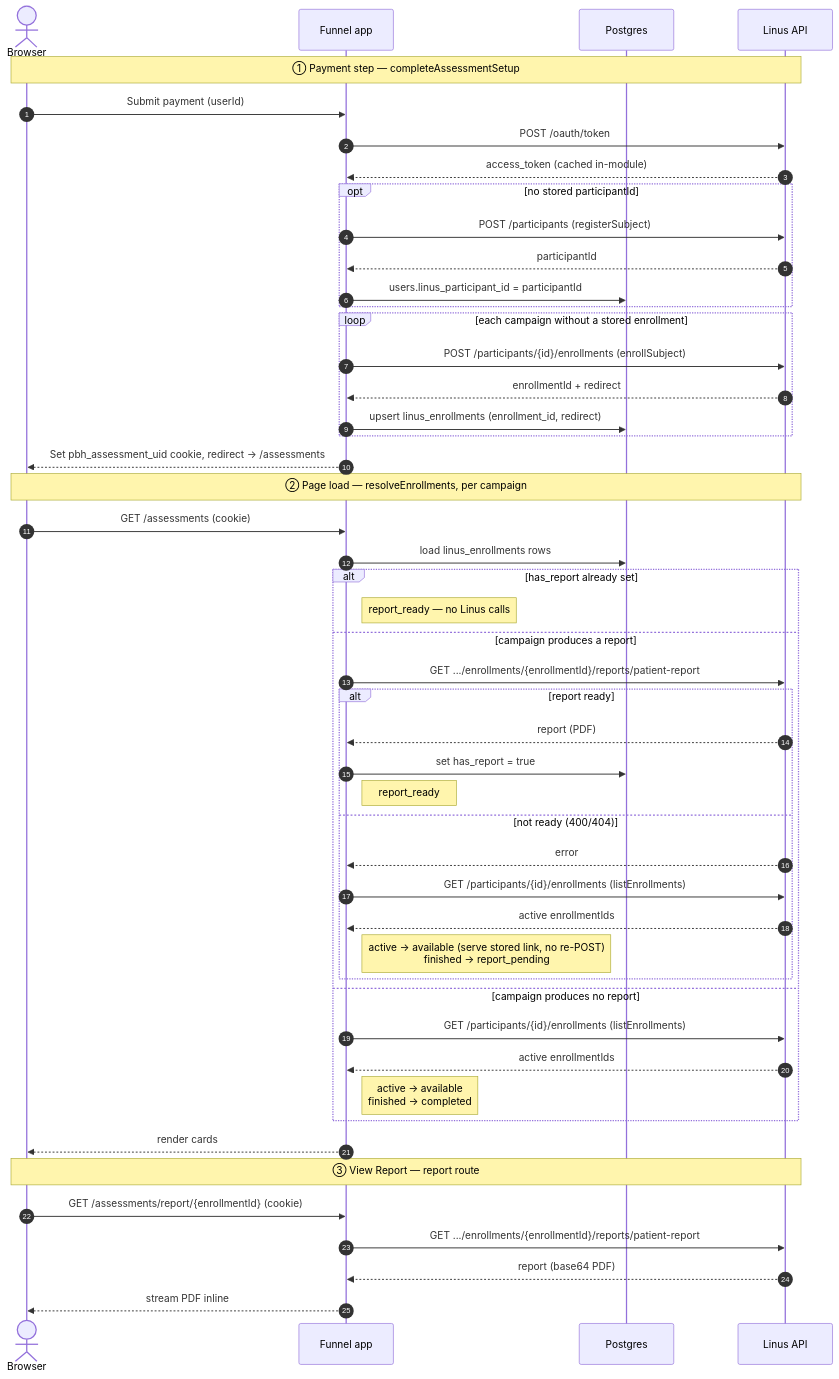
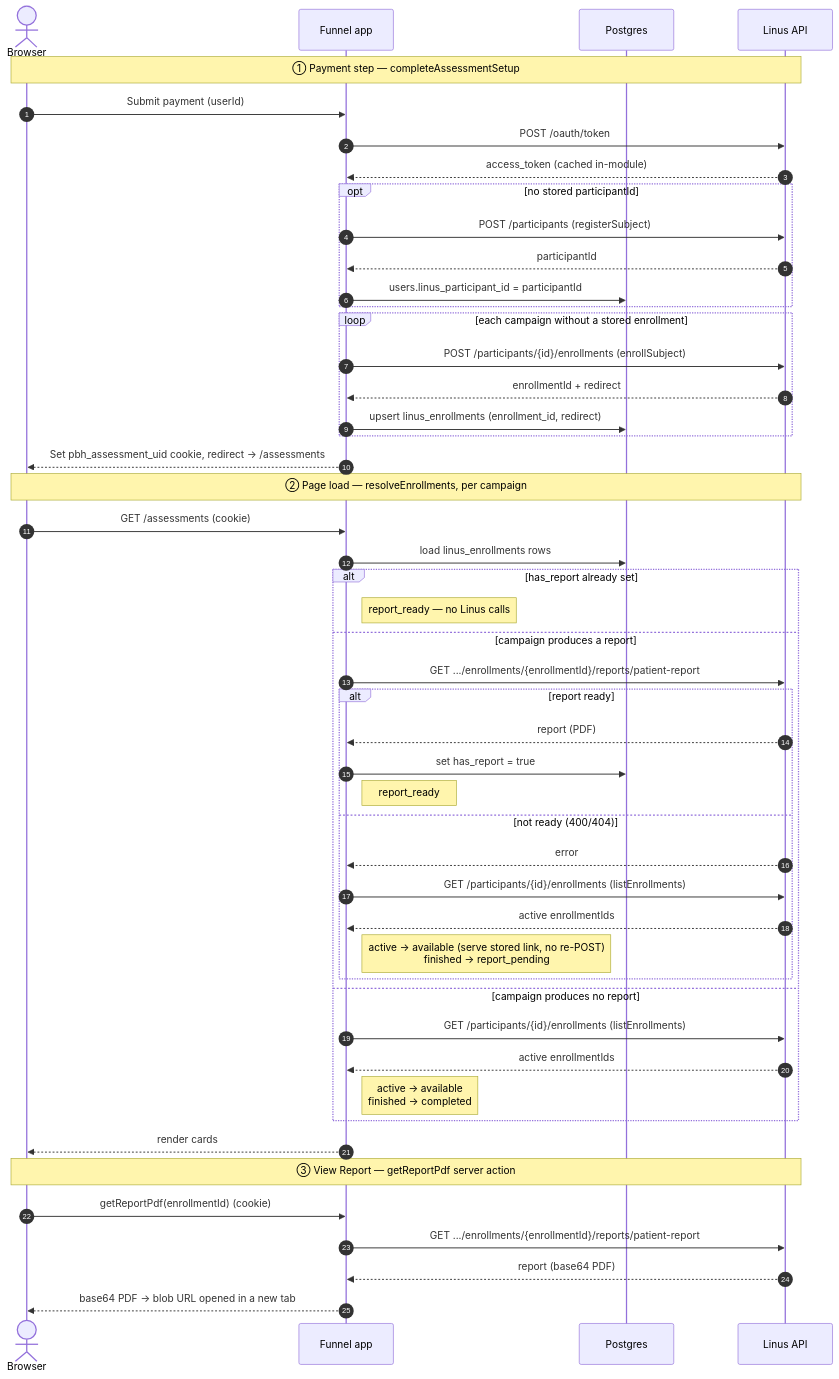
Before and after one commit to dbates-commits/primary-brain-health: the diagram in docs/linus/api-integration.md, drawn with Mermaid. The commit also changed other lines of this file and 5 other files, not shown here.

First line of the commit message:
feat(funnel): open report PDF in a new tab via server action, drop report route

````diff
--- a/docs/linus/api-integration.md
+++ b/docs/linus/api-integration.md
@@ -23,54 +23,54 @@
 ```mermaid
 sequenceDiagram
   autonumber
   actor B as Browser
   participant A as Funnel app
   participant DB as Postgres
   participant L as Linus API
 
   Note over B,L: ① Payment step — completeAssessmentSetup
   B->>A: Submit payment (userId)
   A->>L: POST /oauth/token
   L-->>A: access_token (cached in-module)
   opt no stored participantId
     A->>L: POST /participants (registerSubject)
     L-->>A: participantId
     A->>DB: users.linus_participant_id = participantId
   end
   loop each campaign without a stored enrollment
     A->>L: POST /participants/{id}/enrollments (enrollSubject)
     L-->>A: enrollmentId + redirect
     A->>DB: upsert linus_enrollments (enrollment_id, redirect)
   end
   A-->>B: Set pbh_assessment_uid cookie, redirect → /assessments
 
   Note over B,L: ② Page load — resolveEnrollments, per campaign
   B->>A: GET /assessments (cookie)
   A->>DB: load linus_enrollments rows
   alt has_report already set
     Note right of A: report_ready — no Linus calls
   else campaign produces a report
     A->>L: GET .../enrollments/{enrollmentId}/reports/patient-report
     alt report ready
       L-->>A: report (PDF)
       A->>DB: set has_report = true
       Note right of A: report_ready
     else not ready (400/404)
       L-->>A: error
       A->>L: GET /participants/{id}/enrollments (listEnrollments)
       L-->>A: active enrollmentIds
       Note right of A: active → available (serve stored link, no re-POST)<br/>finished → report_pending
     end
   else campaign produces no report
     A->>L: GET /participants/{id}/enrollments (listEnrollments)
     L-->>A: active enrollmentIds
     Note right of A: active → available<br/>finished → completed
   end
   A-->>B: render cards
 
-  Note over B,L: ③ View Report — report route
-  B->>A: GET /assessments/report/{enrollmentId} (cookie)
+  Note over B,L: ③ View Report — getReportPdf server action
+  B->>A: getReportPdf(enrollmentId) (cookie)
   A->>L: GET .../enrollments/{enrollmentId}/reports/patient-report
   L-->>A: report (base64 PDF)
-  A-->>B: stream PDF inline
+  A-->>B: base64 PDF → blob URL opened in a new tab
 ```
````
